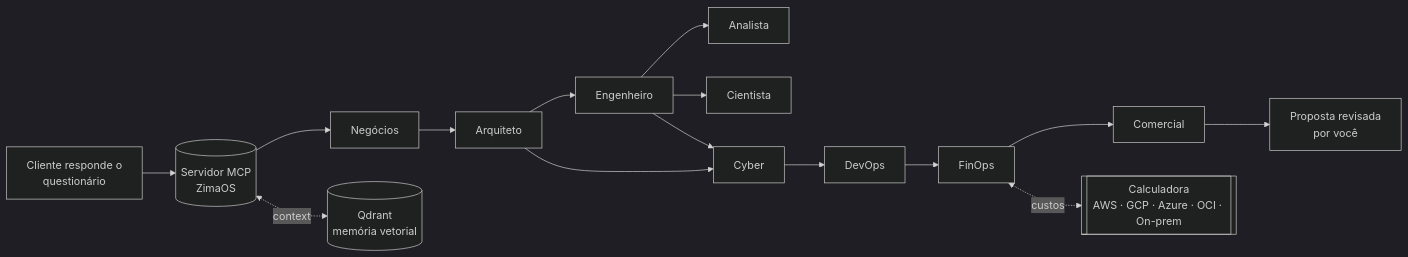
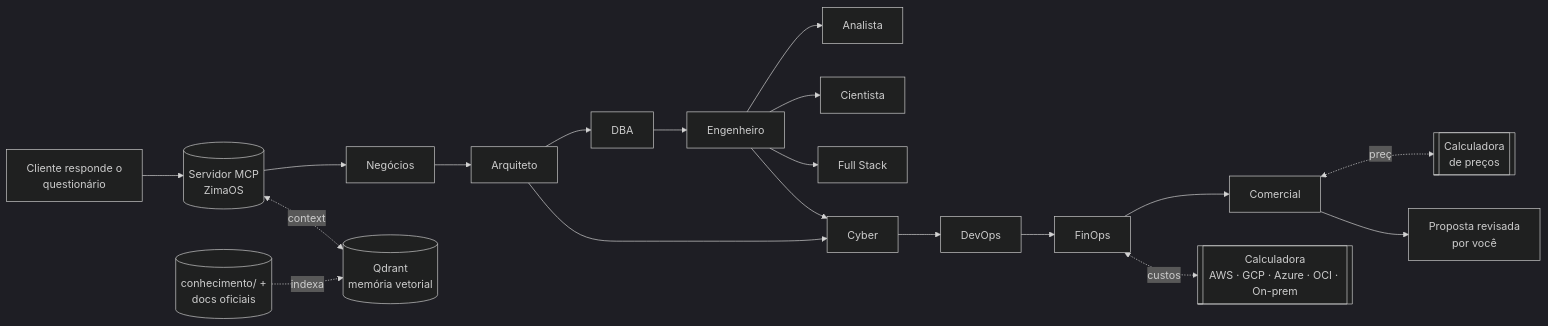
The diagram in plataforma-dados/README.md (Guigarciarosa/gi), drawn with Mermaid (dark theme) before and after one commit. The commit also changed other lines of this file and 69 other files, not shown here.

First line of the commit message:
Agentes DBA e Full Stack, base de conhecimento de SGBDs e calculadora de preços

````diff
--- a/plataforma-dados/README.md
+++ b/plataforma-dados/README.md
@@ -15,10 +17,12 @@
 ```mermaid
 flowchart LR
   C[Cliente responde o<br/>questionário] --> S[(Servidor MCP<br/>ZimaOS)]
-  S --> N[Negócios] --> A[Arquiteto] --> E[Engenheiro]
-  E --> AN[Analista] & CI[Cientista]
+  S --> N[Negócios] --> A[Arquiteto] --> DB[DBA] --> E[Engenheiro]
+  E --> AN[Analista] & CI[Cientista] & FS[Full Stack]
   A & E --> CY[Cyber] --> D[DevOps] --> F[FinOps] --> CO[Comercial]
   F <-.custos.-> K[[Calculadora<br/>AWS · GCP · Azure · OCI · On-prem]]
+  CO <-.preço.-> PR[[Calculadora<br/>de preços]]
   S <-.contexto.-> Q[(Qdrant<br/>memória vetorial)]
+  KB[(conhecimento/ +<br/>docs oficiais)] -.indexa.-> Q
   CO --> P[Proposta revisada<br/>por você]
 ```
````
